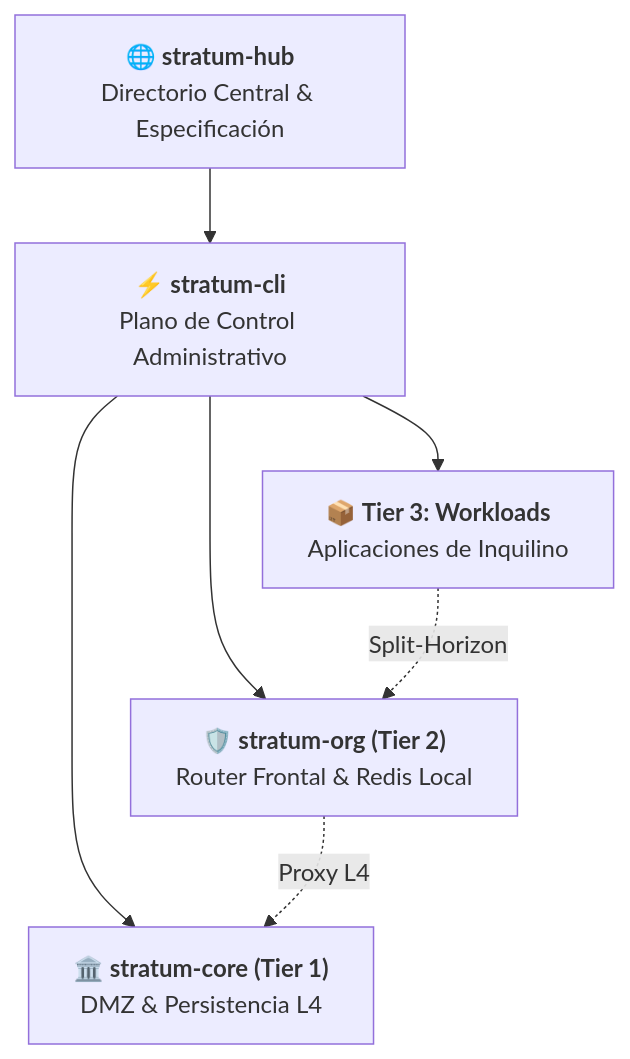
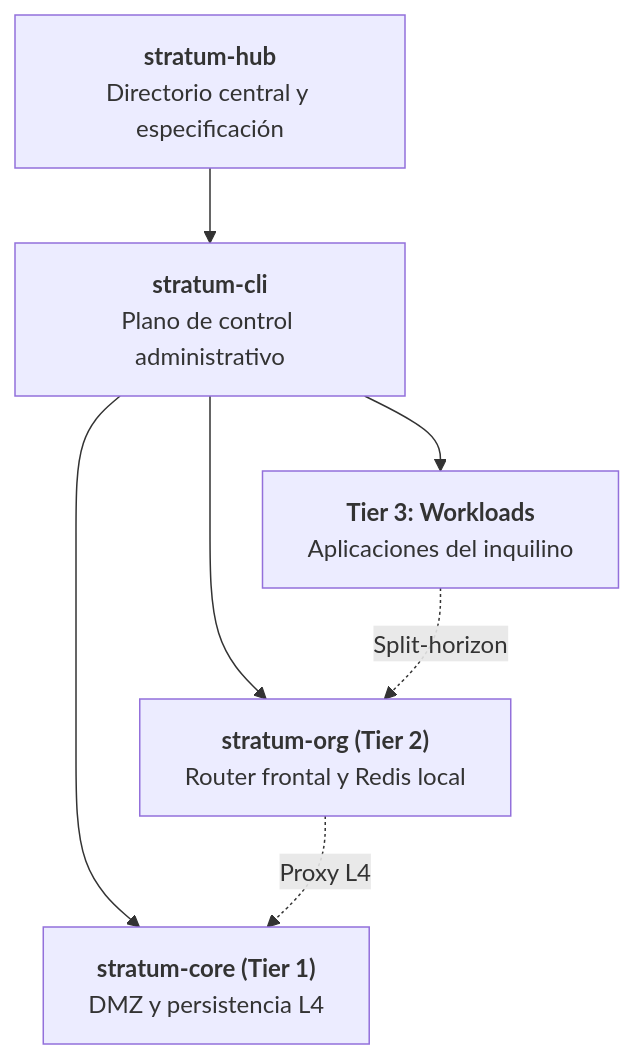
One commit to isora-cloud-group/stratum-hub changed the fourth of 4 diagrams in README.md. Above: the diagram before and after it, drawn with Mermaid. The commit also changed other lines of this file, not shown here.

````diff
--- a/README.md
+++ b/README.md
@@ -203,16 +200,16 @@
 ```mermaid
 flowchart TD
-    HUB["🌐 <b>stratum-hub</b><br/>Directorio Central & Especificación"]
-    CLI["⚡ <b>stratum-cli</b><br/>Plano de Control Administrativo"]
-    CORE["🏛️ <b>stratum-core (Tier 1)</b><br/>DMZ & Persistencia L4"]
-    ORG["🛡️ <b>stratum-org (Tier 2)</b><br/>Router Frontal & Redis Local"]
-    T3["📦 <b>Tier 3: Workloads</b><br/>Aplicaciones de Inquilino"]
-
+    HUB["<b>stratum-hub</b><br/>Directorio central y especificación"]
+    CLI["<b>stratum-cli</b><br/>Plano de control administrativo"]
+    CORE["<b>stratum-core (Tier 1)</b><br/>DMZ y persistencia L4"]
+    ORG["<b>stratum-org (Tier 2)</b><br/>Router frontal y Redis local"]
+    T3["<b>Tier 3: Workloads</b><br/>Aplicaciones del inquilino"]
+    
     HUB --> CLI
     CLI --> CORE
     CLI --> ORG
     CLI --> T3
-
-    T3 -.->|"Split-Horizon"| ORG
+    
+    T3 -.->|"Split-horizon"| ORG
     ORG -.->|"Proxy L4"| CORE
 ```
````
